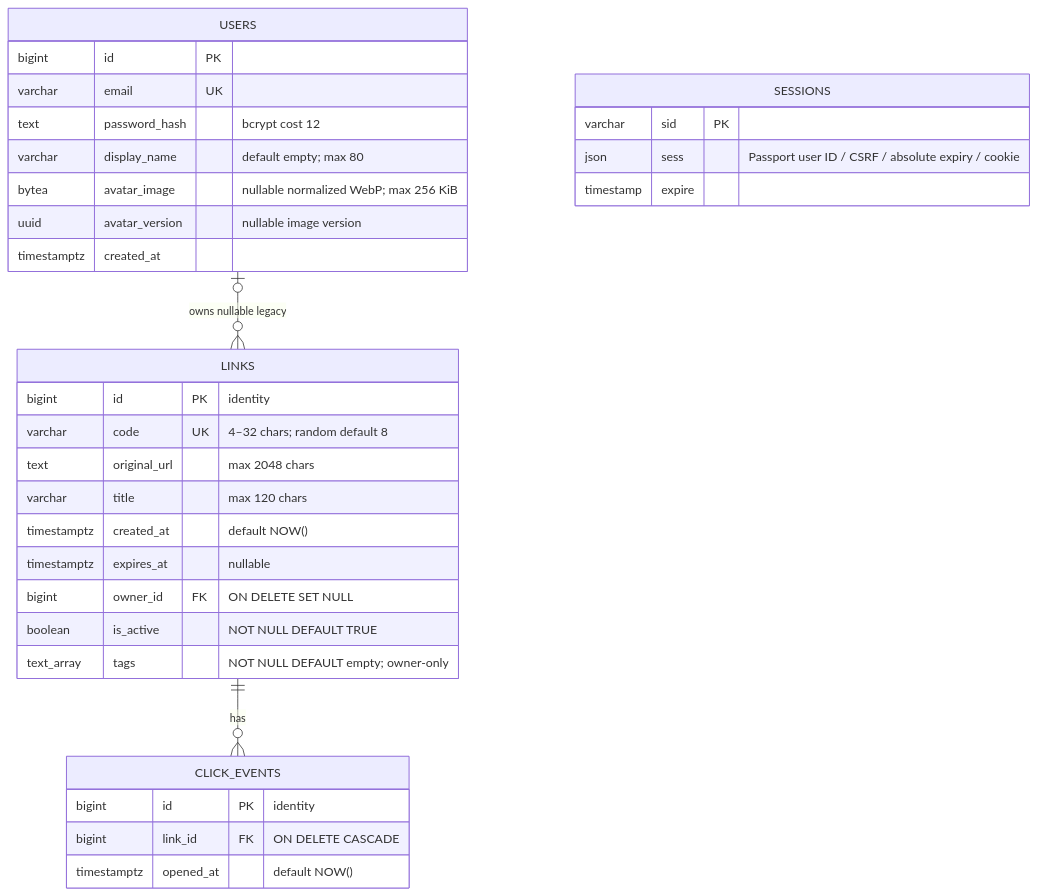
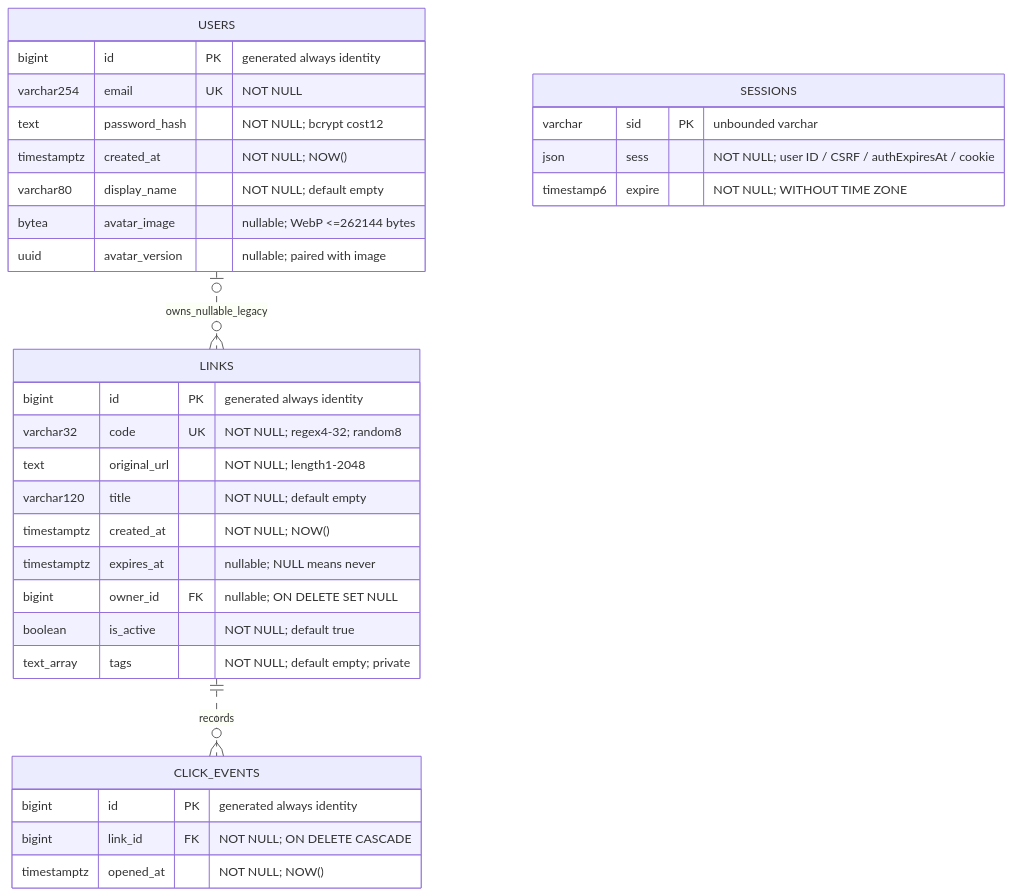
The third of 7 diagrams in docs/DIAGRAMS.md (nicky-wrc/short-url-system), drawn with Mermaid before and after one commit. The commit also changed other lines of this file and 29 other files, not shown here.

Commit message:
docs: align system design, DFD, ER diagrams and API with current implementation

````diff
--- a/docs/DIAGRAMS.md
+++ b/docs/DIAGRAMS.md
@@ -107,35 +122,35 @@
 ```mermaid
 erDiagram
-    USERS o|--o{ LINKS : "owns nullable legacy"
-    LINKS ||--o{ CLICK_EVENTS : "has"
-    LINKS {
-        bigint id PK "identity"
-        varchar code UK "4–32 chars; random default 8"
-        text original_url "max 2048 chars"
-        varchar title "max 120 chars"
-        timestamptz created_at "default NOW()"
-        timestamptz expires_at "nullable"
-        bigint owner_id FK "ON DELETE SET NULL"
-        boolean is_active "NOT NULL DEFAULT TRUE"
-        text_array tags "NOT NULL DEFAULT empty; owner-only"
-    }
-    CLICK_EVENTS {
-        bigint id PK "identity"
-        bigint link_id FK "ON DELETE CASCADE"
-        timestamptz opened_at "default NOW()"
-    }
-    USERS {
-        bigint id PK
-        varchar email UK
-        text password_hash "bcrypt cost 12"
-        varchar display_name "default empty; max 80"
-        bytea avatar_image "nullable normalized WebP; max 256 KiB"
-        uuid avatar_version "nullable image version"
-        timestamptz created_at
-    }
-    SESSIONS {
-        varchar sid PK
-        json sess "Passport user ID / CSRF / absolute expiry / cookie"
-        timestamp expire
-    }
+  USERS o|..o{ LINKS : owns_nullable_legacy
+  LINKS ||..o{ CLICK_EVENTS : records
+  USERS {
+    bigint id PK "generated always identity"
+    varchar254 email UK "NOT NULL"
+    text password_hash "NOT NULL; bcrypt cost12"
+    timestamptz created_at "NOT NULL; NOW()"
+    varchar80 display_name "NOT NULL; default empty"
+    bytea avatar_image "nullable; WebP <=262144 bytes"
+    uuid avatar_version "nullable; paired with image"
+  }
+  LINKS {
+    bigint id PK "generated always identity"
+    varchar32 code UK "NOT NULL; regex4-32; random8"
+    text original_url "NOT NULL; length1-2048"
+    varchar120 title "NOT NULL; default empty"
+    timestamptz created_at "NOT NULL; NOW()"
+    timestamptz expires_at "nullable; NULL means never"
+    bigint owner_id FK "nullable; ON DELETE SET NULL"
+    boolean is_active "NOT NULL; default true"
+    text_array tags "NOT NULL; default empty; private"
+  }
+  CLICK_EVENTS {
+    bigint id PK "generated always identity"
+    bigint link_id FK "NOT NULL; ON DELETE CASCADE"
+    timestamptz opened_at "NOT NULL; NOW()"
+  }
+  SESSIONS {
+    varchar sid PK "unbounded varchar"
+    json sess "NOT NULL; user ID / CSRF / authExpiresAt / cookie"
+    timestamp6 expire "NOT NULL; WITHOUT TIME ZONE"
+  }
 ```
````
